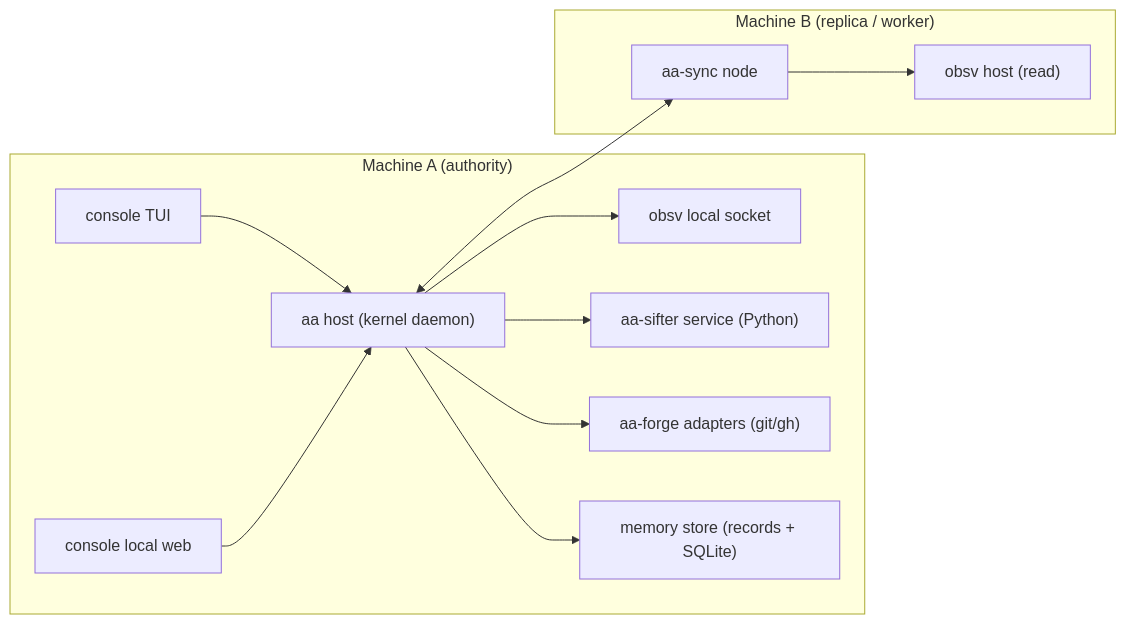
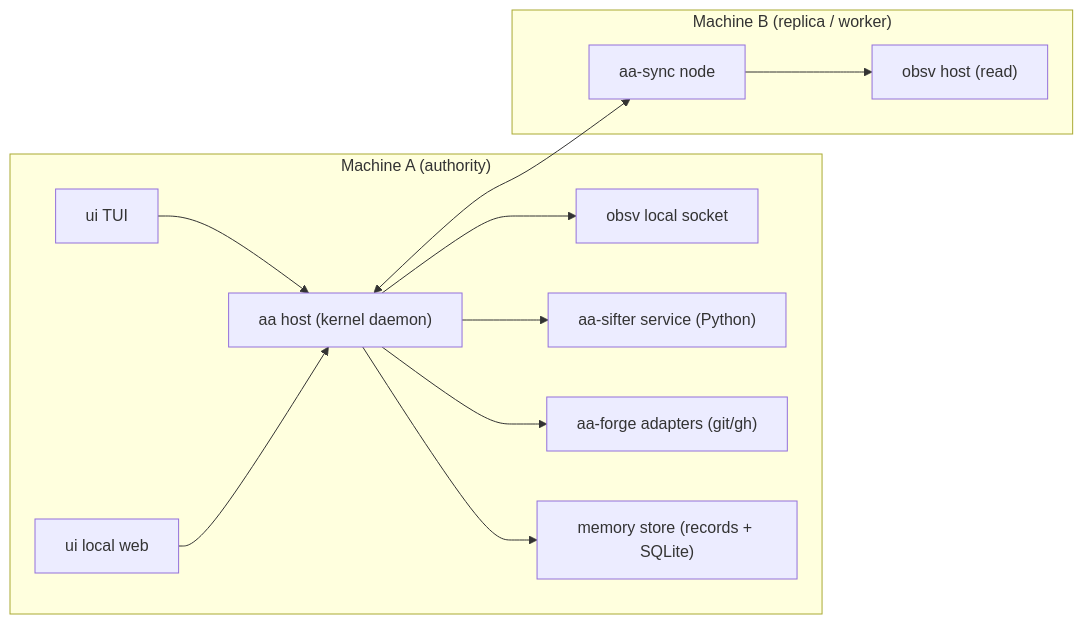
The fourth of 6 diagrams in docs/architecture/README.md (greadee/aa), drawn with Mermaid before and after one commit. The commit also changed other lines of this file and 45 other files, not shown here.

````diff
--- a/docs/architecture/README.md
+++ b/docs/architecture/README.md
@@ -237,24 +237,24 @@
 ```mermaid
 flowchart LR
     subgraph MachineA["Machine A (authority)"]
         host["aa host (kernel daemon)"]
         obsSocket["obsv local socket"]
         sifterProc["aa-sifter service (Python)"]
         forgeProc["aa-forge adapters (git/gh)"]
         sqlite["memory store (records + SQLite)"]
-        web["console local web"]
-        tui["console TUI"]
+        web["ui local web"]
+        tui["ui TUI"]
     end
     subgraph MachineB["Machine B (replica / worker)"]
         syncNode["aa-sync node"]
         obsvB["obsv host (read)"]
     end
     tui --> host
     web --> host
     host --> obsSocket
     host --> sifterProc
     host --> forgeProc
     host --> sqlite
     host <--> syncNode
     syncNode --> obsvB
 ```
````
